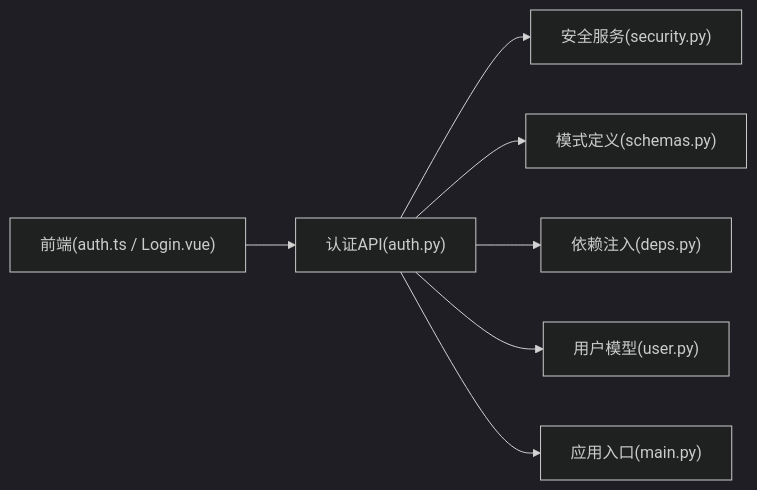
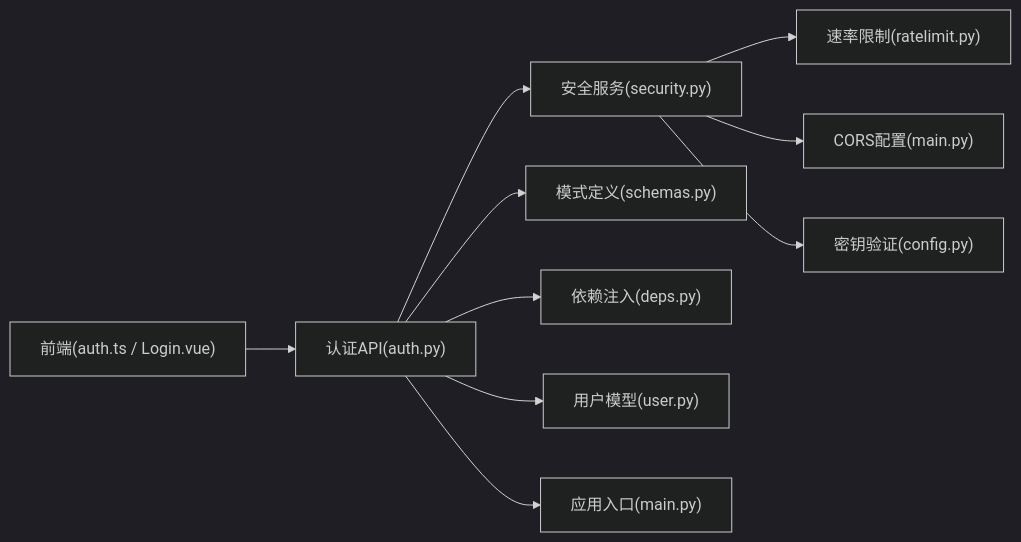
The eighth of 8 diagrams in .qoder/repowiki/zh/content/后端API文档/认证授权API.md (vu1Art1st/talos), drawn with Mermaid (dark theme) before and after one commit. The commit also changed other lines of this file and 132 other files, not shown here.

````diff
--- a/.qoder/repowiki/zh/content/后端API文档/认证授权API.md
+++ b/.qoder/repowiki/zh/content/后端API文档/认证授权API.md
@@ -320,9 +371,12 @@
 ```mermaid
 graph LR
 AUTH_API["认证API(auth.py)"] --> SECURITY["安全服务(security.py)"]
 AUTH_API --> SCHEMAS["模式定义(schemas.py)"]
 AUTH_API --> DEPS["依赖注入(deps.py)"]
 AUTH_API --> USER_MODEL["用户模型(user.py)"]
 AUTH_API --> MAIN_APP["应用入口(main.py)"]
+SECURITY --> RATE_LIMIT["速率限制(ratelimit.py)"]
+SECURITY --> CORS_CONFIG["CORS配置(main.py)"]
+SECURITY --> KEY_VALIDATION["密钥验证(config.py)"]
 FRONT["前端(auth.ts / Login.vue)"] --> AUTH_API
 ```
````
